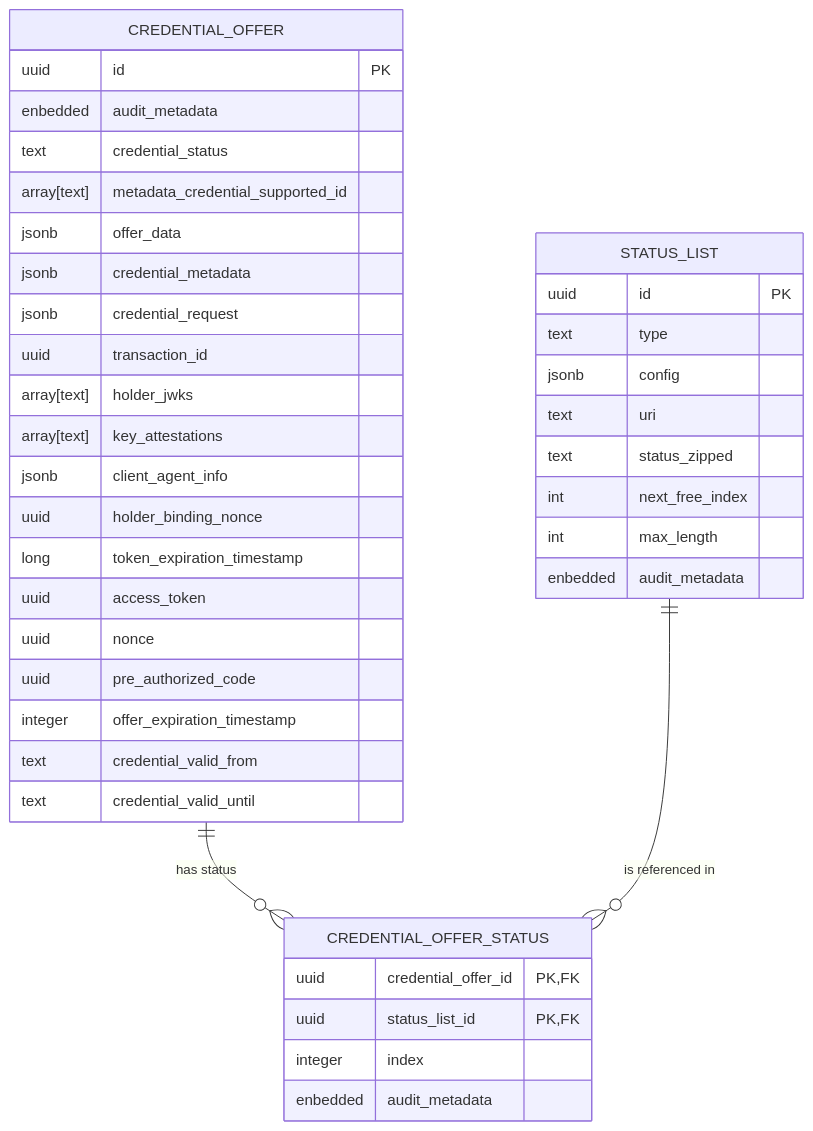
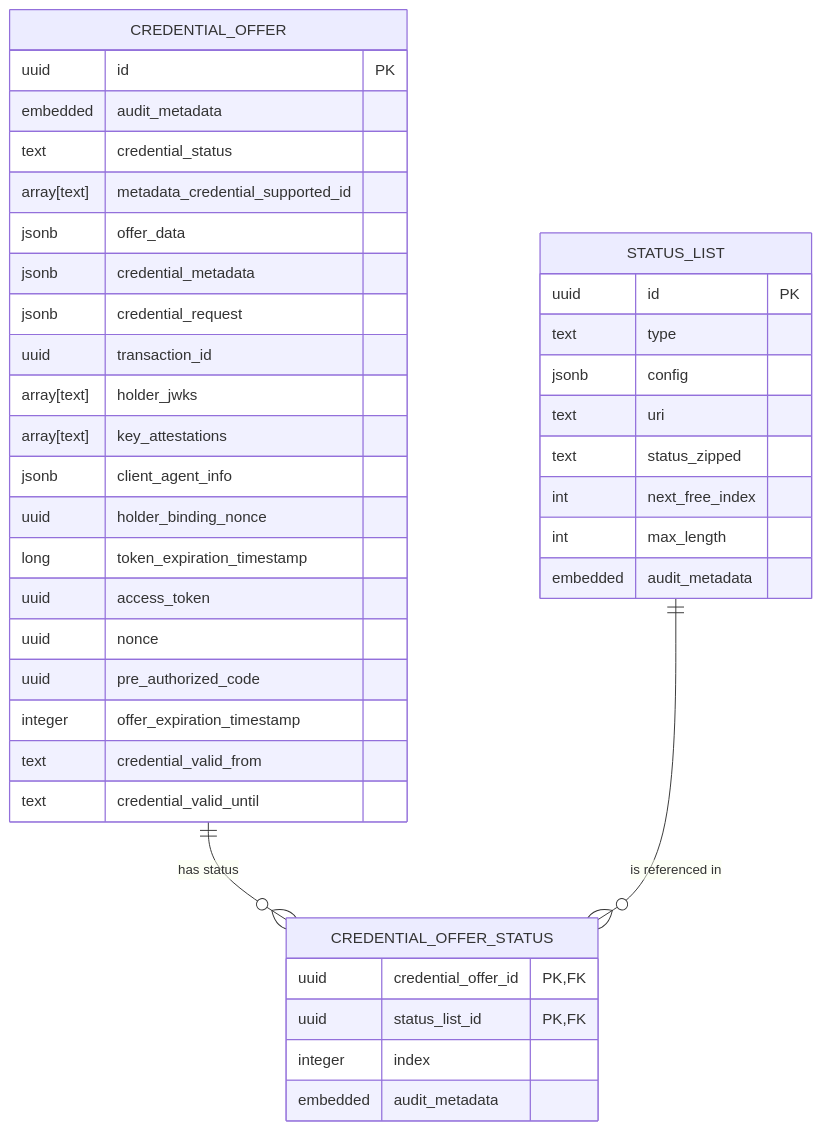
One commit to swiyu-admin-ch/swiyu-issuer changed the third of 5 diagrams in README.md. Above: the diagram before and after it, drawn with Mermaid.

Commit message:
README: Typos fixed (enbedded -> embedded)

````diff
--- a/README.md
+++ b/README.md
@@ -539,45 +539,45 @@
 ```mermaid
 erDiagram
     CREDENTIAL_OFFER {
         uuid id PK
-        enbedded audit_metadata
+        embedded audit_metadata
         text credential_status
         array[text] metadata_credential_supported_id
         jsonb offer_data
         jsonb credential_metadata
         jsonb credential_request
         uuid transaction_id
         array[text] holder_jwks
         array[text] key_attestations
         jsonb client_agent_info
         uuid holder_binding_nonce
         long token_expiration_timestamp
         uuid access_token
         uuid nonce
         uuid pre_authorized_code
         integer offer_expiration_timestamp
         text credential_valid_from
         text credential_valid_until
     }
 
     CREDENTIAL_OFFER_STATUS {
         uuid credential_offer_id PK, FK
         uuid status_list_id PK, FK
         integer index
-        enbedded audit_metadata
+        embedded audit_metadata
     }
 
     STATUS_LIST {
         uuid id PK
         text type
         jsonb config
         text uri
         text status_zipped
         int next_free_index
         int max_length
-        enbedded audit_metadata
+        embedded audit_metadata
     }
 
     CREDENTIAL_OFFER one to many CREDENTIAL_OFFER_STATUS: "has status"
     STATUS_LIST one to many CREDENTIAL_OFFER_STATUS: "is referenced in"
 ```
````
